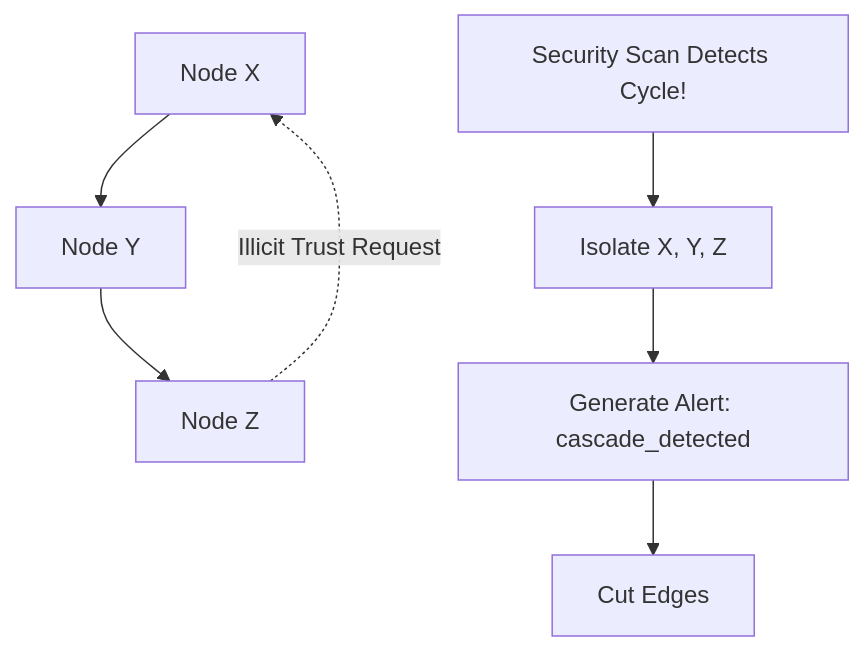
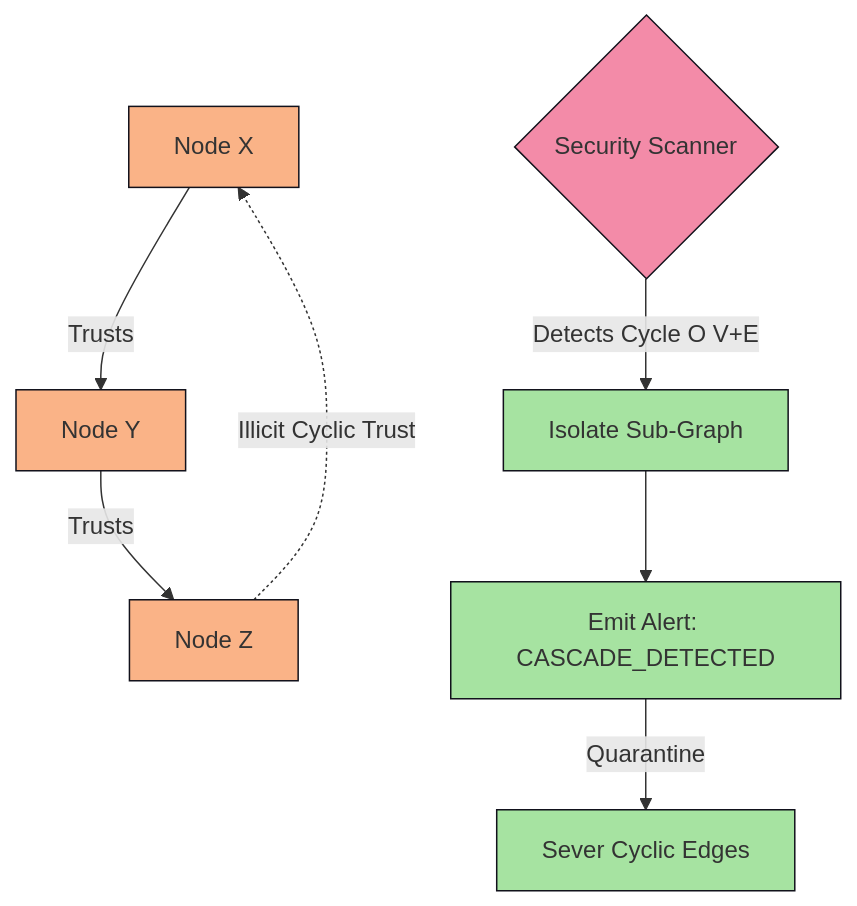
One commit to MrDecryptDecipher/Agent-Trust changed the sixth of 30 diagrams in README.md. Above: the diagram before and after it, drawn with Mermaid. The commit also changed other lines of this file, not shown here.

Commit message:
Fix rendering format for 30 Mermaid diagrams to strictly use basic edge and block formatting for complete compatiblity

````diff
--- a/README.md
+++ b/README.md
@@ -101,9 +138,14 @@
 ```mermaid
 graph TD
-    X["Node X"] --> Y["Node Y"]
-    Y --> Z["Node Z"]
-    Z -.->|"Illicit Trust Request"| X
-    Alert["Security Scan Detects Cycle!"] --> B["Isolate X, Y, Z"]
-    B --> C["Generate Alert: cascade_detected"]
-    C --> D["Cut Edges"]
+    classDef vuln fill:#fab387,stroke:#11111b;
+    classDef safe fill:#a6e3a1,stroke:#11111b;
+    classDef defense fill:#f38ba8,stroke:#11111b;
+
+    X["Node X"]:::vuln -->|Trusts| Y["Node Y"]:::vuln
+    Y -->|Trusts| Z["Node Z"]:::vuln
+    Z -. "Illicit Cyclic Trust" .-> X
+    
+    Alert{"Security Scanner"}:::defense -- "Detects Cycle O V+E" --> B["Isolate Sub-Graph"]:::safe
+    B --> C["Emit Alert: CASCADE_DETECTED"]:::safe
+    C -- "Quarantine" --> D["Sever Cyclic Edges"]:::safe
 ```
````
